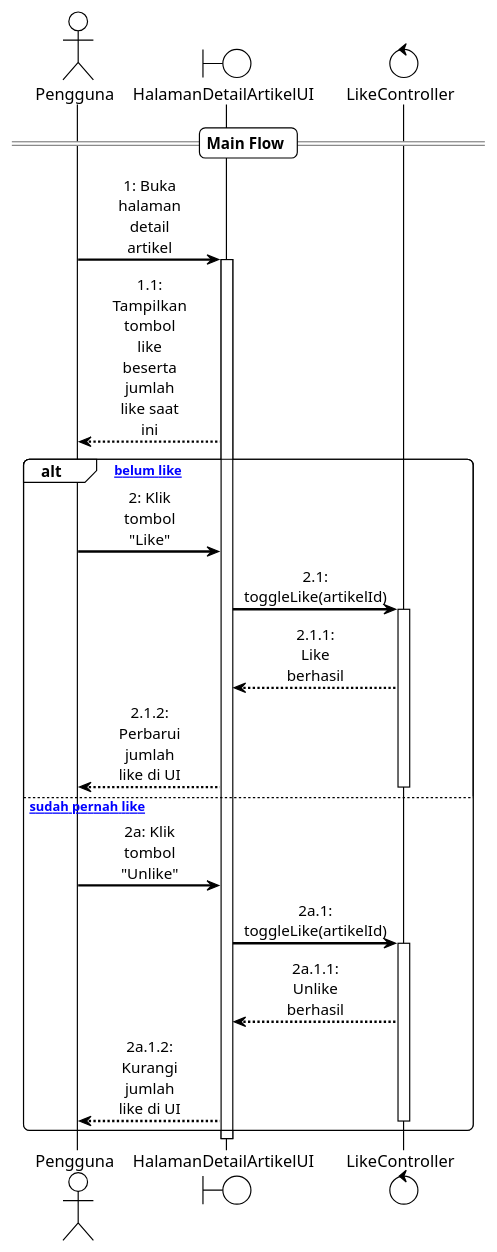
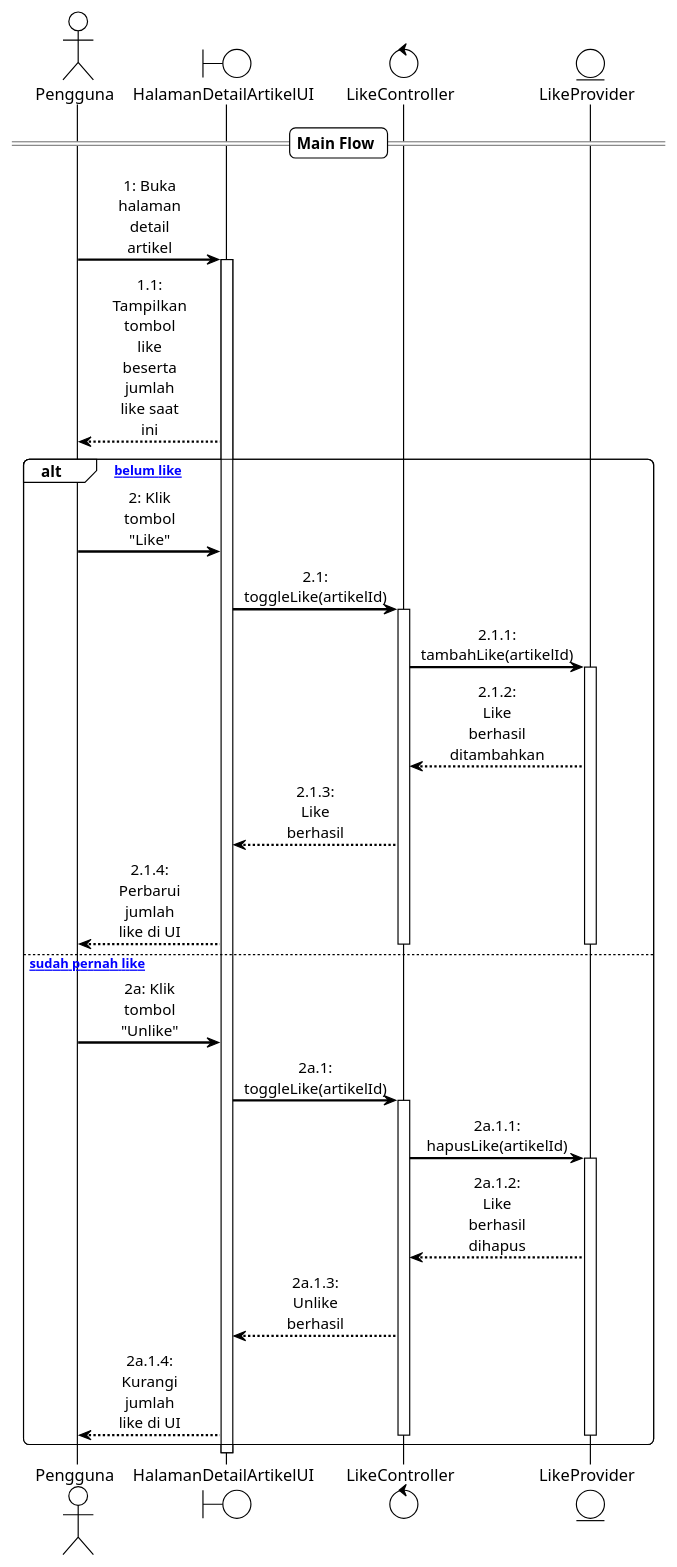
One commit to habstrakT808/PABERLAND---Platform-penulis-indonesia changed the diagram in docs/diagrams/sequence/Sequence_Diagram_Like_Artikel.puml. Above: the diagram before and after it, drawn with PlantUML. The commit also changed 31 other files, not shown here.

Commit message:
Perbaikan performa: optimasi search API dan halaman kategori - Fix search API timeout dengan menghapus pencarian di kolom content - Optimasi halaman kategori dengan parallel queries - Perbaikan error handling untuk empty error objects - Update dokumentasi dan diagram

```diff
--- a/docs/diagrams/sequence/Sequence_Diagram_Like_Artikel.puml
+++ b/docs/diagrams/sequence/Sequence_Diagram_Like_Artikel.puml
@@ -1,36 +1,45 @@
 @startuml
 !theme plain
 skinparam sequenceMessageAlign center
 skinparam sequenceArrowThickness 2
 skinparam roundcorner 10
 skinparam maxmessagesize 60
 
 actor Pengguna as User
 boundary HalamanDetailArtikelUI as ArtikelUI
 control LikeController as Controller
+entity LikeProvider as Like
 
 == Main Flow ==
 
 User -> ArtikelUI : 1: Buka halaman detail artikel
 activate ArtikelUI
 ArtikelUI --> User : 1.1: Tampilkan tombol like beserta jumlah like saat ini
 
 alt [Pengguna belum like]
     User -> ArtikelUI : 2: Klik tombol "Like"
     ArtikelUI -> Controller : 2.1: toggleLike(artikelId)
     activate Controller
-    Controller --> ArtikelUI : 2.1.1: Like berhasil
-    ArtikelUI --> User : 2.1.2: Perbarui jumlah like di UI
+    Controller -> Like : 2.1.1: tambahLike(artikelId)
+    activate Like
+    Like --> Controller : 2.1.2: Like berhasil ditambahkan
+    Controller --> ArtikelUI : 2.1.3: Like berhasil
+    ArtikelUI --> User : 2.1.4: Perbarui jumlah like di UI
+    deactivate Like
     deactivate Controller
 else [Pengguna sudah pernah like]
     User -> ArtikelUI : 2a: Klik tombol "Unlike"
     ArtikelUI -> Controller : 2a.1: toggleLike(artikelId)
     activate Controller
-    Controller --> ArtikelUI : 2a.1.1: Unlike berhasil
-    ArtikelUI --> User : 2a.1.2: Kurangi jumlah like di UI
+    Controller -> Like : 2a.1.1: hapusLike(artikelId)
+    activate Like
+    Like --> Controller : 2a.1.2: Like berhasil dihapus
+    Controller --> ArtikelUI : 2a.1.3: Unlike berhasil
+    ArtikelUI --> User : 2a.1.4: Kurangi jumlah like di UI
+    deactivate Like
     deactivate Controller
 end
 
 deactivate ArtikelUI
 
 @enduml
```
